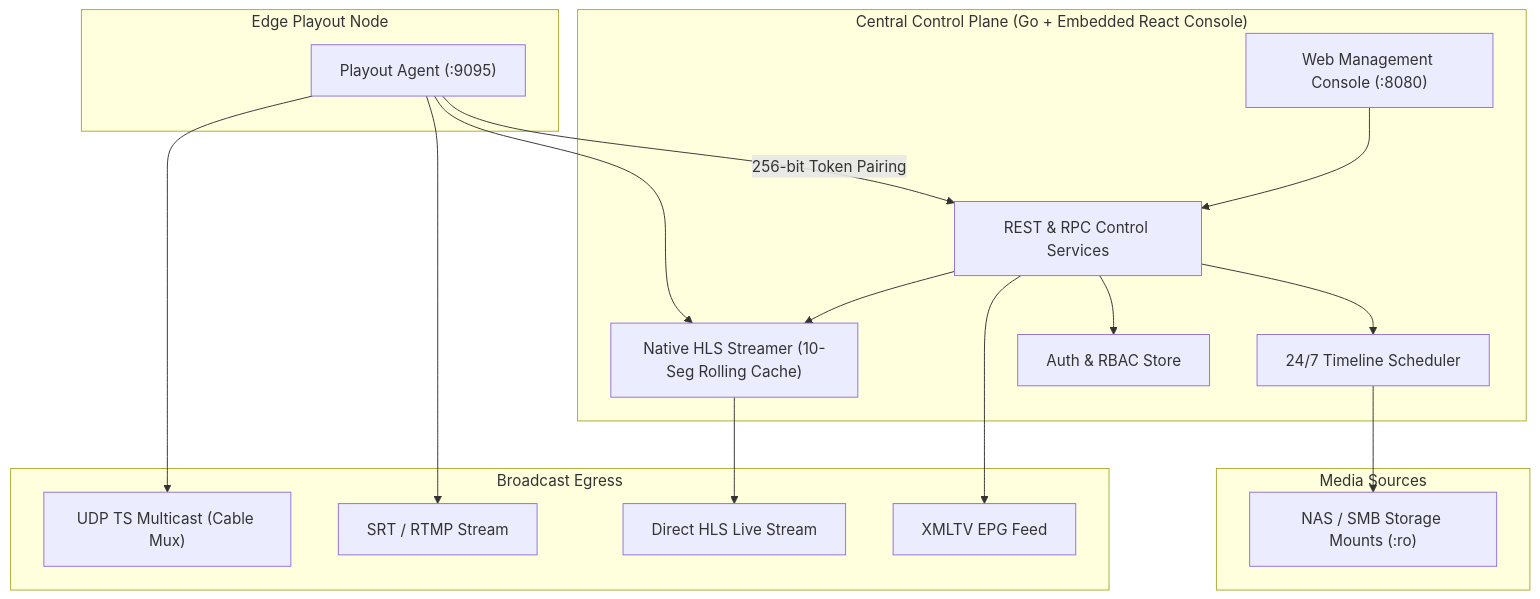
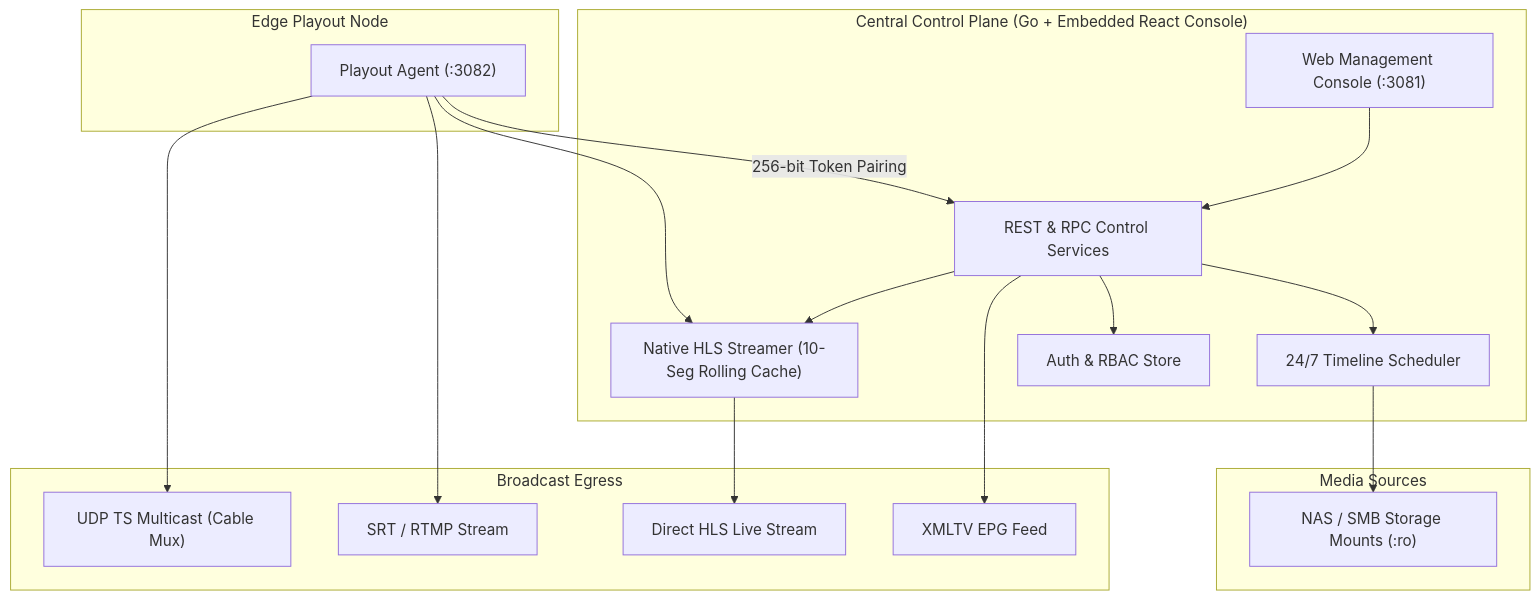
Before and after one commit to varmakarthik12/mcrflow: the diagram in README.md, drawn with Mermaid. The commit also changed other lines of this file and 13 other files, not shown here.

````diff
--- a/README.md
+++ b/README.md
@@ -13,38 +13,38 @@
 ```mermaid
 flowchart TD
     subgraph ControlPlane["Central Control Plane (Go + Embedded React Console)"]
-        UI["Web Management Console (:8080)"]
+        UI["Web Management Console (:3081)"]
         API["REST & RPC Control Services"]
         HLS["Native HLS Streamer (10-Seg Rolling Cache)"]
         Sched["24/7 Timeline Scheduler"]
         Users["Auth & RBAC Store"]
     end
 
     subgraph EdgeAgents["Edge Playout Node"]
-        Agent["Playout Agent (:9095)"]
+        Agent["Playout Agent (:3082)"]
     end
 
     subgraph Storage["Media Sources"]
         NAS["NAS / SMB Storage Mounts (:ro)"]
     end
 
     subgraph Outputs["Broadcast Egress"]
         UDP["UDP TS Multicast (Cable Mux)"]
         SRT["SRT / RTMP Stream"]
         HLSOut["Direct HLS Live Stream"]
         EPG["XMLTV EPG Feed"]
     end
 
     UI --> API
     API --> Users
     API --> Sched
     API --> HLS
     Sched --> NAS
 
     Agent -->|"256-bit Token Pairing"| API
     Agent --> UDP
     Agent --> SRT
     Agent --> HLS
     HLS --> HLSOut
     API --> EPG
 ```
````
